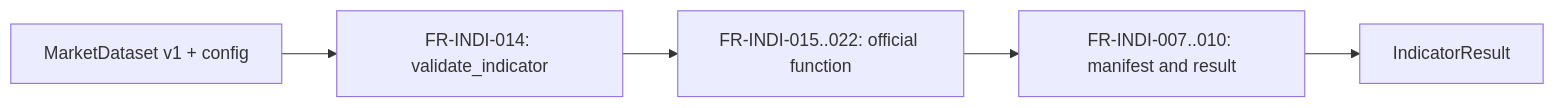
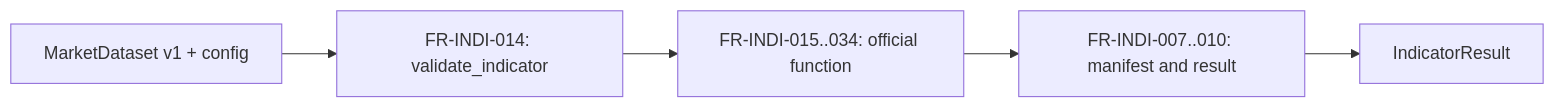
One commit to haruperi/HaruQuantAI changed the third of 7 diagrams in app/services/indicators/README.md. Above: the diagram before and after it, drawn with Mermaid. The commit also changed other lines of this file and 157 other files, not shown here.

````diff
--- a/app/services/indicators/README.md
+++ b/app/services/indicators/README.md
@@ -324,9 +388,9 @@
 ```mermaid
 flowchart LR
     A[MarketDataset v1 + config]
     B["FR-INDI-014: validate_indicator"]
-    C["FR-INDI-015..022: official function"]
+    C["FR-INDI-015..034: official function"]
     D["FR-INDI-007..010: manifest and result"]
     E[IndicatorResult]
     A --> B --> C --> D --> E
 ```
````
